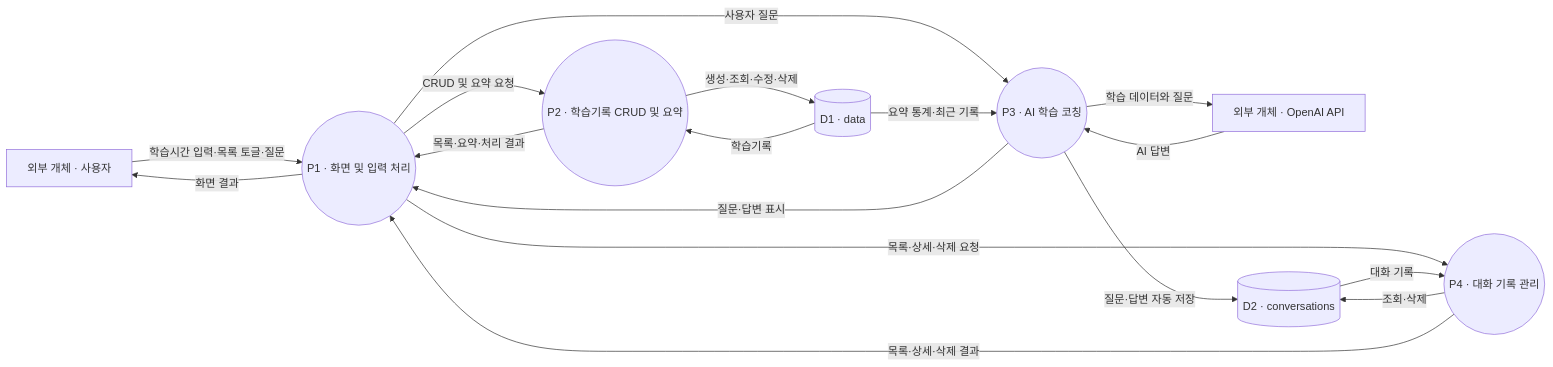
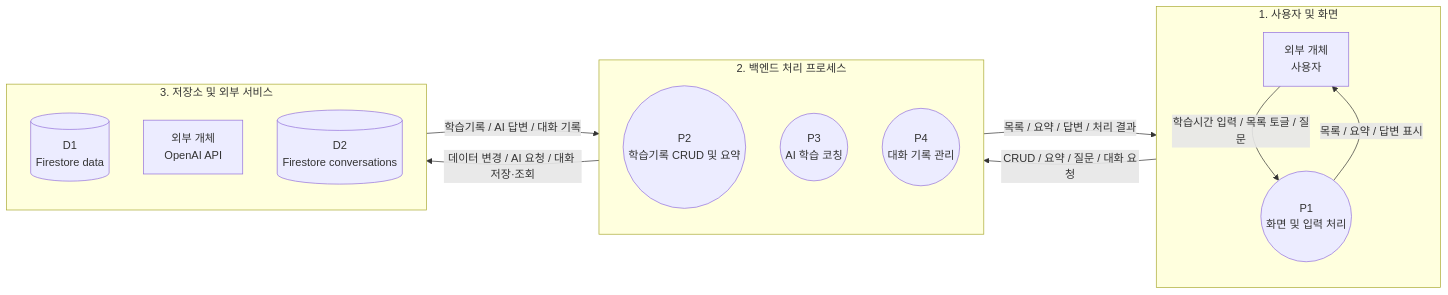
The third of 5 diagrams in README.md (yong05610/AI_NATIVE_M-2), drawn with Mermaid before and after one commit. The commit also changed other lines of this file, not shown here.

Commit message:
구조도 수정

````diff
--- a/README.md
+++ b/README.md
@@ -154,30 +154,30 @@
 ```mermaid
 flowchart LR
-    USER[외부 개체 · 사용자]
-    OPENAI[외부 개체 · OpenAI API]
-    UI((P1 · 화면 및 입력 처리))
-    STUDY((P2 · 학습기록 CRUD 및 요약))
-    CHAT((P3 · AI 학습 코칭))
-    HISTORY((P4 · 대화 기록 관리))
-    DATA[(D1 · data)]
-    CONV[(D2 · conversations)]
+    subgraph ACCESS["1. 사용자 및 화면"]
+        direction TB
+        USER["외부 개체<br/>사용자"]
+        UI(("P1<br/>화면 및 입력 처리"))
 
-    USER -->|학습시간 입력·목록 토글·질문| UI
-    UI -->|CRUD 및 요약 요청| STUDY
-    STUDY -->|생성·조회·수정·삭제| DATA
-    DATA -->|학습기록| STUDY
-    STUDY -->|목록·요약·처리 결과| UI
+        USER -->|"학습시간 입력 / 목록 토글 / 질문"| UI
+        UI -->|"목록 / 요약 / 답변 표시"| USER
+    end
 
-    UI -->|사용자 질문| CHAT
-    DATA -->|요약 통계·최근 기록| CHAT
-    CHAT -->|학습 데이터와 질문| OPENAI
-    OPENAI -->|AI 답변| CHAT
-    CHAT -->|질문·답변 자동 저장| CONV
-    CHAT -->|질문·답변 표시| UI
+    subgraph PROCESS["2. 백엔드 처리 프로세스"]
+        direction TB
+        STUDY(("P2<br/>학습기록 CRUD 및 요약"))
+        CHAT(("P3<br/>AI 학습 코칭"))
+        HISTORY(("P4<br/>대화 기록 관리"))
+    end
 
-    UI -->|목록·상세·삭제 요청| HISTORY
-    HISTORY -->|조회·삭제| CONV
-    CONV -->|대화 기록| HISTORY
-    HISTORY -->|목록·상세·삭제 결과| UI
-    UI -->|화면 결과| USER
+    subgraph RESOURCE["3. 저장소 및 외부 서비스"]
+        direction TB
+        DATA[("D1<br/>Firestore data")]
+        OPENAI["외부 개체<br/>OpenAI API"]
+        CONV[("D2<br/>Firestore conversations")]
+    end
+
+    ACCESS -->|"CRUD / 요약 / 질문 / 대화 요청"| PROCESS
+    PROCESS -->|"데이터 변경 / AI 요청 / 대화 저장·조회"| RESOURCE
+    RESOURCE -->|"학습기록 / AI 답변 / 대화 기록"| PROCESS
+    PROCESS -->|"목록 / 요약 / 답변 / 처리 결과"| ACCESS
 ```
````
